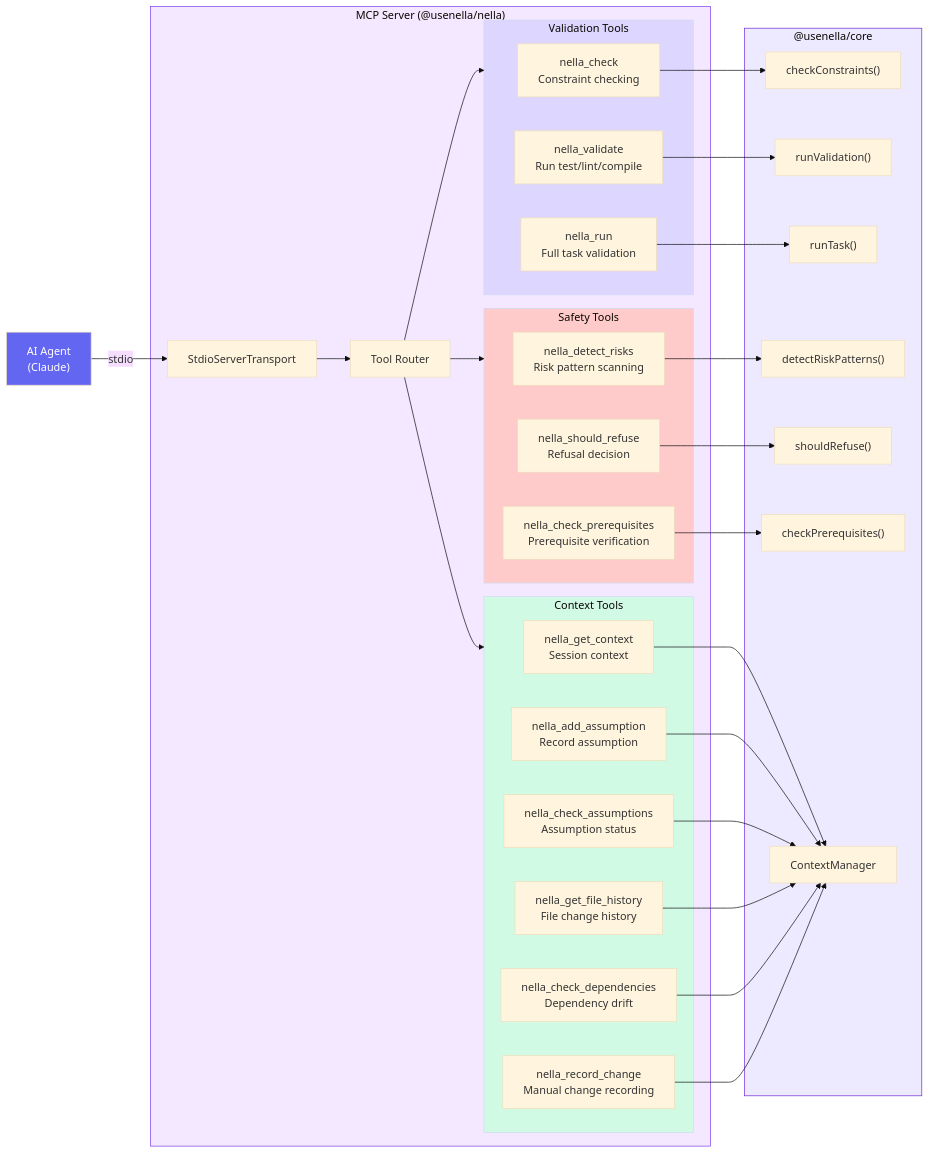
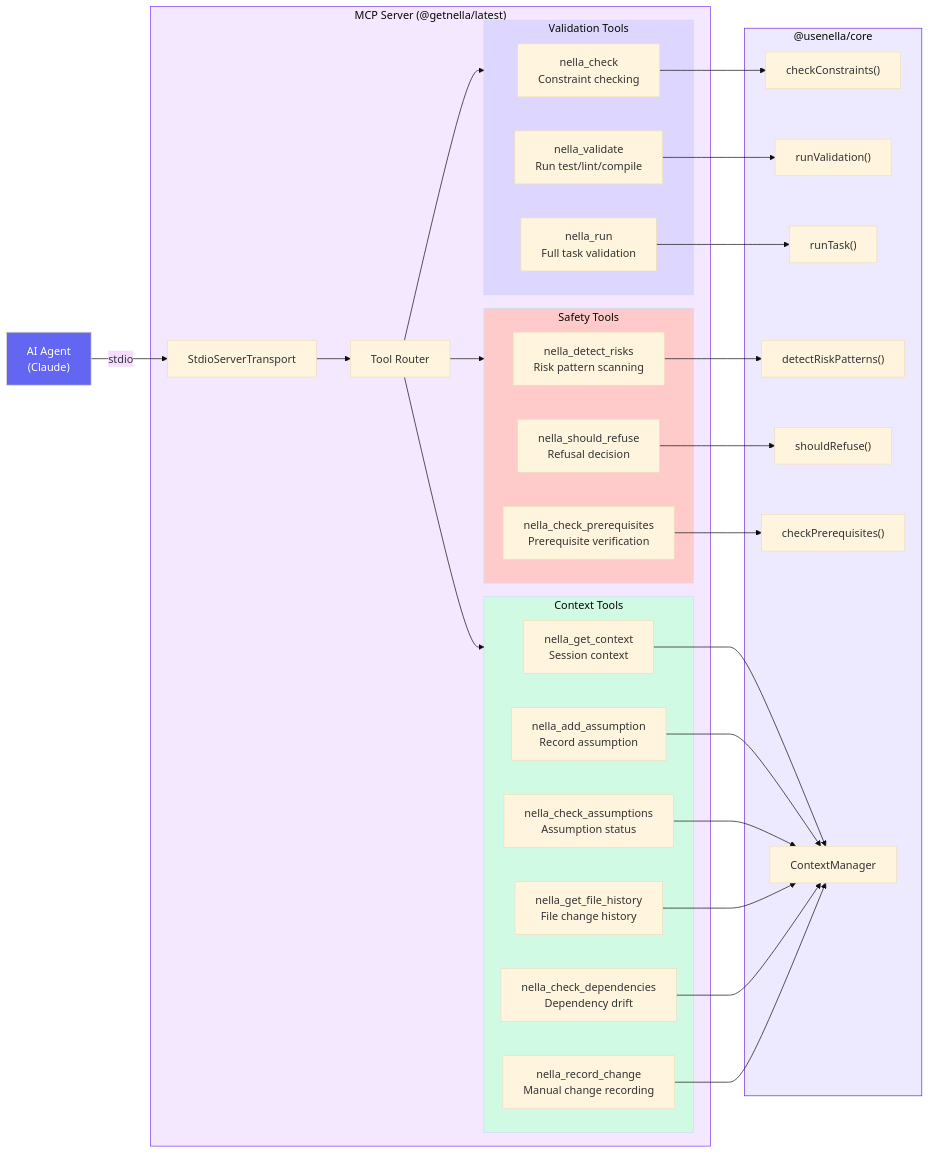
Before and after one commit to nella-labs/nella: the first of 4 diagrams in docs/architecture/mcp-server.md, drawn with Mermaid (base theme). The commit also changed 34 other files, not shown here.

Commit message:
chore: rename package from @usenella/nella to @getnella/latest

````diff
--- a/docs/architecture/mcp-server.md
+++ b/docs/architecture/mcp-server.md
@@ -7,66 +7,66 @@
 ```mermaid
 graph LR
     Agent["AI Agent<br/>(Claude)"]
 
-    subgraph server["MCP Server (@usenella/nella)"]
+    subgraph server["MCP Server (@getnella/latest)"]
         Transport["StdioServerTransport"]
         Router["Tool Router"]
 
         subgraph validation_tools["Validation Tools"]
             nella_check["nella_check<br/>Constraint checking"]
             nella_validate["nella_validate<br/>Run test/lint/compile"]
             nella_run["nella_run<br/>Full task validation"]
         end
 
         subgraph safety_tools["Safety Tools"]
             nella_detect_risks["nella_detect_risks<br/>Risk pattern scanning"]
             nella_should_refuse["nella_should_refuse<br/>Refusal decision"]
             nella_check_prereqs["nella_check_prerequisites<br/>Prerequisite verification"]
         end
 
         subgraph context_tools["Context Tools"]
             nella_get_context["nella_get_context<br/>Session context"]
             nella_add_assumption["nella_add_assumption<br/>Record assumption"]
             nella_check_assumptions["nella_check_assumptions<br/>Assumption status"]
             nella_get_file_history["nella_get_file_history<br/>File change history"]
             nella_check_deps["nella_check_dependencies<br/>Dependency drift"]
             nella_record_change["nella_record_change<br/>Manual change recording"]
         end
     end
 
     subgraph core["@usenella/core"]
         checkConstraints["checkConstraints()"]
         runValidation["runValidation()"]
         runTask["runTask()"]
         detectRiskPatterns["detectRiskPatterns()"]
         shouldRefuse["shouldRefuse()"]
         checkPrereqs["checkPrerequisites()"]
         ContextMgr["ContextManager"]
     end
 
     Agent -->|"stdio"| Transport
     Transport --> Router
     Router --> validation_tools
     Router --> safety_tools
     Router --> context_tools
 
     nella_check --> checkConstraints
     nella_validate --> runValidation
     nella_run --> runTask
     nella_detect_risks --> detectRiskPatterns
     nella_should_refuse --> shouldRefuse
     nella_check_prereqs --> checkPrereqs
     nella_get_context --> ContextMgr
     nella_add_assumption --> ContextMgr
     nella_check_assumptions --> ContextMgr
     nella_get_file_history --> ContextMgr
     nella_check_deps --> ContextMgr
     nella_record_change --> ContextMgr
 
     style Agent fill:#6366f1,color:#fff
     style server fill:#f3e8ff,stroke:#7c3aed
     style validation_tools fill:#ddd6fe
     style safety_tools fill:#fecaca
     style context_tools fill:#d1fae5
     style core fill:#ede9fe,stroke:#6d28d9
 ```
````
